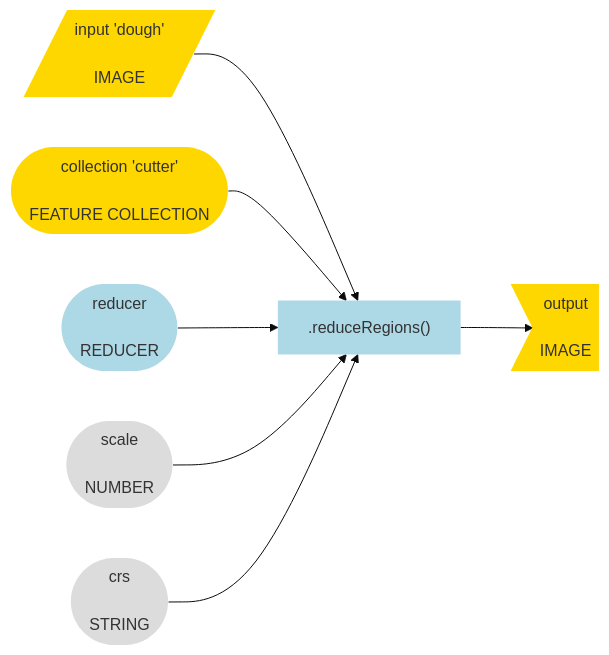
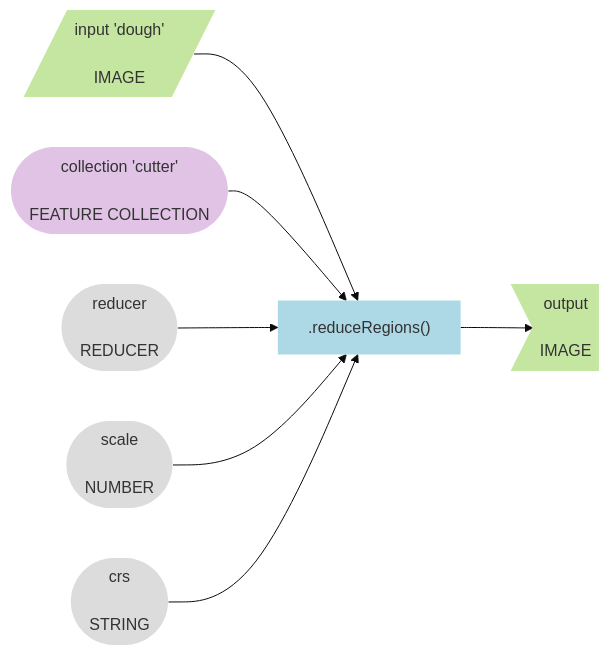
Before and after one commit to jeffhowarth/eeprimer: the tenth of 17 diagrams in src/workflows/grassland_bird_habitat.md, drawn with Mermaid (base theme). The commit also changed other lines of this file and 5 other files, not shown here.

````diff
--- a/src/workflows/grassland_bird_habitat.md
+++ b/src/workflows/grassland_bird_habitat.md
@@ -454,17 +454,17 @@
 ``` mermaid
 graph LR
   input[/"input 'dough'"\n\nIMAGE/] --> method1[".reduceRegions()"] ;
   arg_att1(["collection 'cutter'"\n\nFEATURE COLLECTION]) --> method1;
   arg_att2([reducer\n\nREDUCER]) --> method1;
   arg_att3([scale\n\nNUMBER]) --> method1;
   arg_att4([crs\n\nSTRING]) --> method1;
   method1 --> output>output\n\nIMAGE];
 
-  style input fill:#FFD700,stroke-width:0px
+  style input fill:#C5E6A1,stroke-width:0px
   style method1 fill:#ADD8E6,stroke-width:0px
-  style output fill:#FFD700,stroke-width:0px
-  style arg_att1 fill:#FFD700,stroke-width:0px
-  style arg_att2 fill:#ADD8E6,stroke-width:0px
+  style output fill:#C5E6A1,stroke-width:0px
+  style arg_att1 fill:#E1C3E6,stroke-width:0px
+  style arg_att2 fill:#DCDCDC,stroke-width:0px
   style arg_att3 fill:#DCDCDC,stroke-width:0px
   style arg_att4 fill:#DCDCDC,stroke-width:0px
 ```
````
